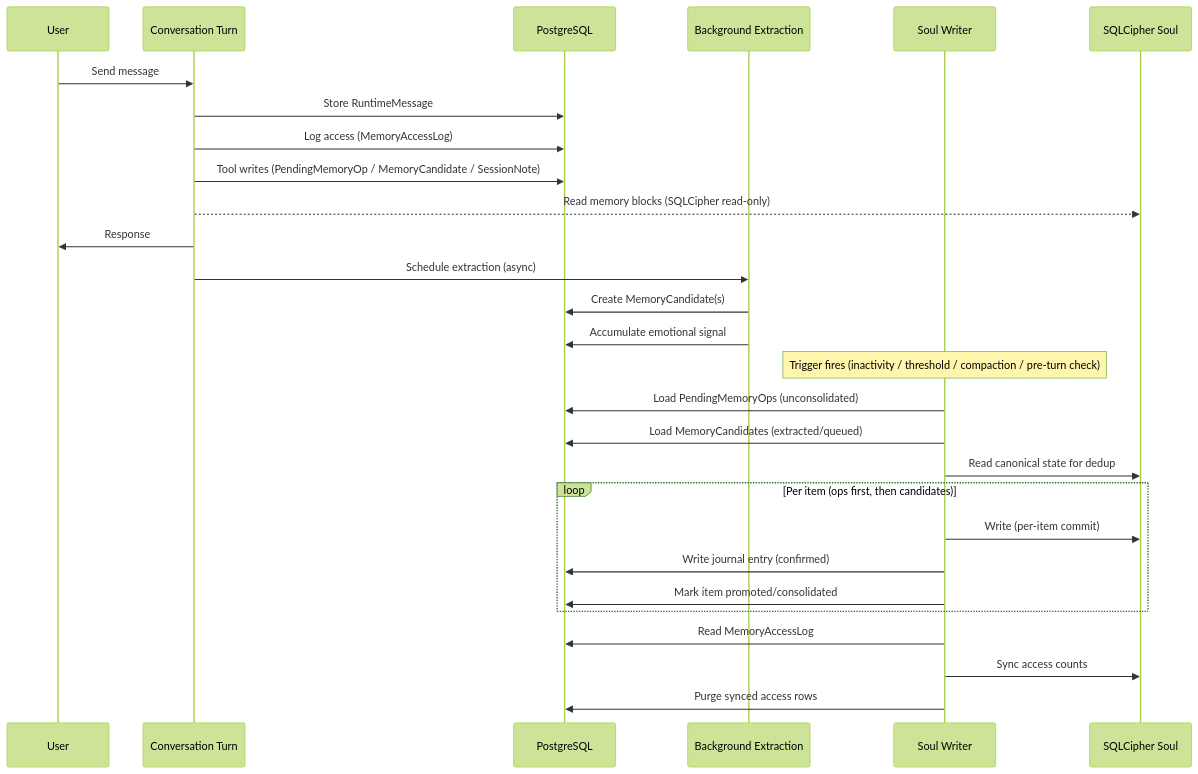
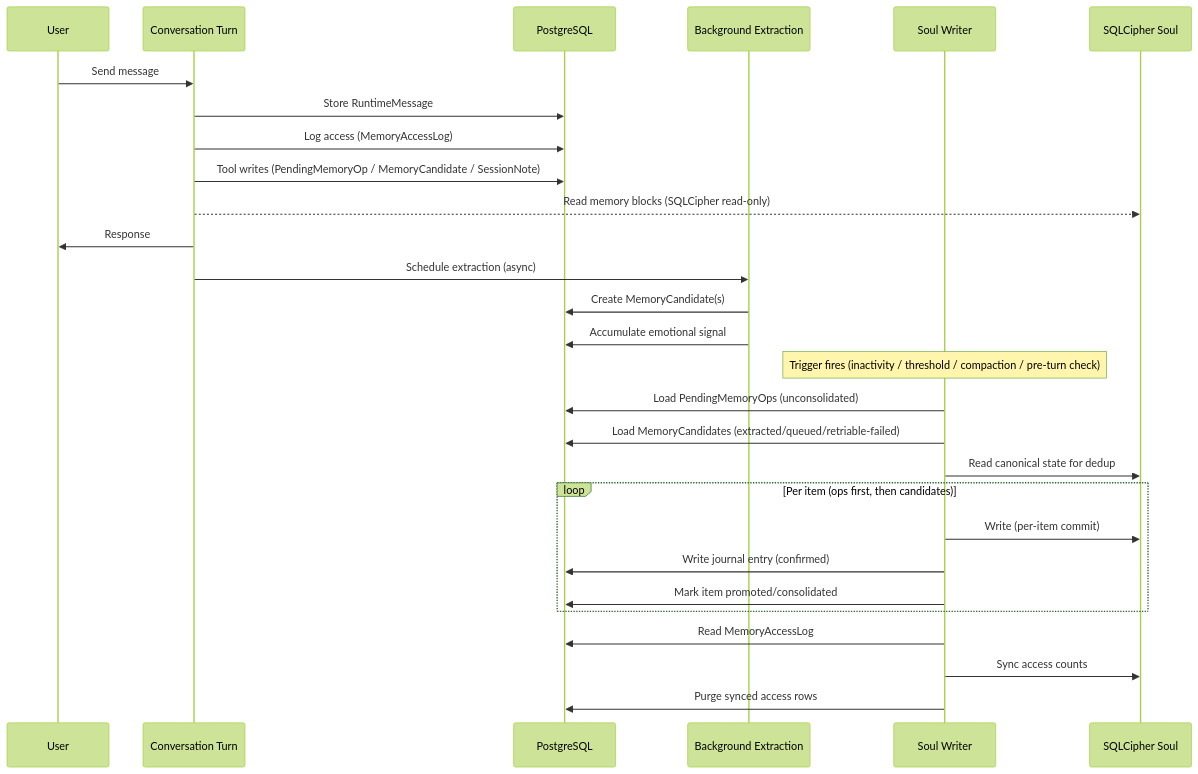
Before and after one commit to G9000/animaOS: the second of 6 diagrams in docs/superpowers/specs/2026-03-29-soul-writer-architecture-design.md, drawn with Mermaid (forest theme). The commit also changed other lines of this file and 18 other files, not shown here.

````diff
--- a/docs/superpowers/specs/2026-03-29-soul-writer-architecture-design.md
+++ b/docs/superpowers/specs/2026-03-29-soul-writer-architecture-design.md
@@ -226,34 +226,34 @@
 ```mermaid
 sequenceDiagram
     participant User
     participant Turn as Conversation Turn
     participant PG as PostgreSQL
     participant BG as Background Extraction
     participant SW as Soul Writer
     participant Soul as SQLCipher Soul
 
     User->>Turn: Send message
     Turn->>PG: Store RuntimeMessage
     Turn->>PG: Log access (MemoryAccessLog)
     Turn->>PG: Tool writes (PendingMemoryOp / MemoryCandidate / SessionNote)
     Turn-->>Soul: Read memory blocks (SQLCipher read-only)
     Turn->>User: Response
 
     Turn->>BG: Schedule extraction (async)
     BG->>PG: Create MemoryCandidate(s)
     BG->>PG: Accumulate emotional signal
 
     Note over SW: Trigger fires (inactivity / threshold / compaction / pre-turn check)
 
     SW->>PG: Load PendingMemoryOps (unconsolidated)
-    SW->>PG: Load MemoryCandidates (extracted/queued)
+    SW->>PG: Load MemoryCandidates (extracted/queued/retriable-failed)
     SW->>Soul: Read canonical state for dedup
     loop Per item (ops first, then candidates)
         SW->>Soul: Write (per-item commit)
         SW->>PG: Write journal entry (confirmed)
         SW->>PG: Mark item promoted/consolidated
     end
     SW->>PG: Read MemoryAccessLog
     SW->>Soul: Sync access counts
     SW->>PG: Purge synced access rows
 ```
````
